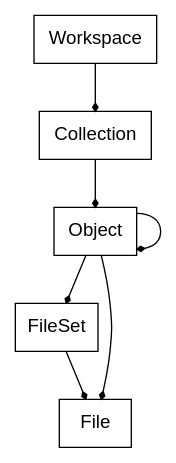
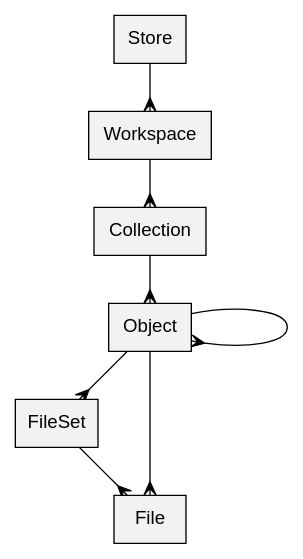
The diagram in doc/dot/cursive.dot (dmolesUC/kufi), drawn with Graphviz before and after one commit.

Commit message:
Improve graph layout

```diff
--- a/doc/dot/cursive.dot
+++ b/doc/dot/cursive.dot
@@ -1,8 +1,10 @@
 digraph {
-    node [shape = box, fontname = helvetica]
-    edge [arrowhead = diamond, arrowsize = 0.5]
+    graph [outputorder = edgesfirst, nodesep = 1]
+    node [shape = box, fontname = helvetica, fillcolor = grey95, style = filled]
+    edge [arrowhead = crow]
 
+    Store -> Workspace
     Workspace -> Collection -> Object -> FileSet -> File
     Object -> Object
     Object -> File
 }
```
